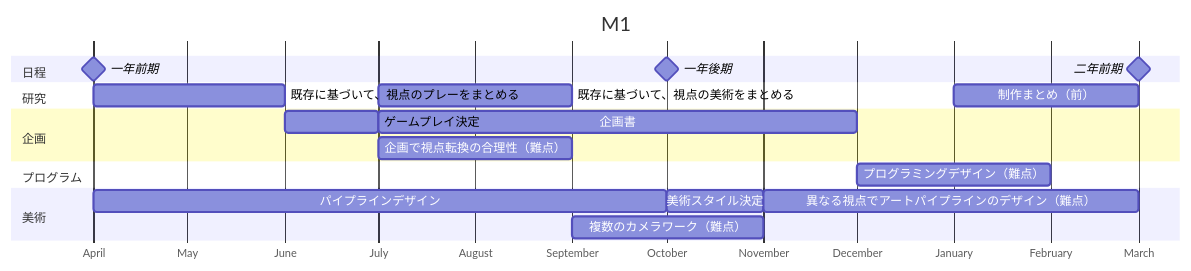
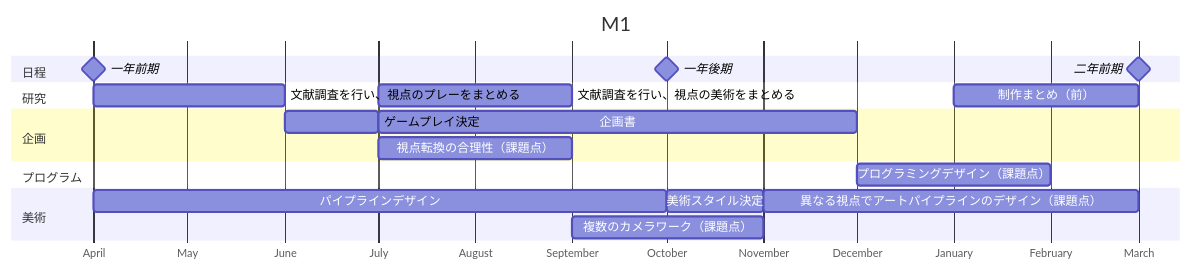
Before and after one commit to Kairitsuhou/digitalgarden: the second of 3 diagrams in src/site/notes/900.Publish/デジタルゲームにおける「視覚空間」デザイン研究：＜多視点＞の表現技法を中心に.md, drawn with Mermaid. The commit also changed other lines of this file and 22 other files, not shown here.

````diff
--- a/src/site/notes/900.Publish/デジタルゲームにおける「視覚空間」デザイン研究：＜多視点＞の表現技法を中心に.md
+++ b/src/site/notes/900.Publish/デジタルゲームにおける「視覚空間」デザイン研究：＜多視点＞の表現技法を中心に.md
@@ -116,33 +116,33 @@
 ```mermaid
 ---
 displayMode: compact 
 ---
 gantt
 	title M1
     dateFormat YYYY-MM
     axisFormat %B
 	
 	section 日程
 	一年前期:milestone,2025-04,0d
 	一年後期:milestone,2025-10,0d
 	二年前期:milestone,2026-03,0d
 	
 	section 研究
-	既存に基づいて、視点のプレーをまとめる:a1,2025-04,2M
-	既存に基づいて、視点の美術をまとめる:a2,2025-07,2M
+	文献調査を行い、視点のプレーをまとめる:a1,2025-04,2M
+	文献調査を行い、視点の美術をまとめる:a2,2025-07,2M
 	制作まとめ（前）:a3,2026-01,2M
 	
 	section 企画
 	企画書:k1,2025-07,5M
 	ゲームプレイ決定:k2,2025-06,1M
-	企画で視点転換の合理性（難点）:k3,after k2,2M
+	視点転換の合理性（課題点）:k3,after k2,2M
 	
 	section プログラム
-	プログラミングデザイン（難点）:p1,2025-12,2M
+	プログラミングデザイン（課題点）:p1,2025-12,2M
 	
 	section 美術
 	パイプラインデザイン:b1,2025-04,6M
 	美術スタイル決定:b2,2025-10,1M
-	複数のカメラワーク（難点）:b3,after k3,2M
-	異なる視点でアートパイプラインのデザイン（難点）:s8,after b3,4M
+	複数のカメラワーク（課題点）:b3,after k3,2M
+	異なる視点でアートパイプラインのデザイン（課題点）:s8,after b3,4M
 ```
````
